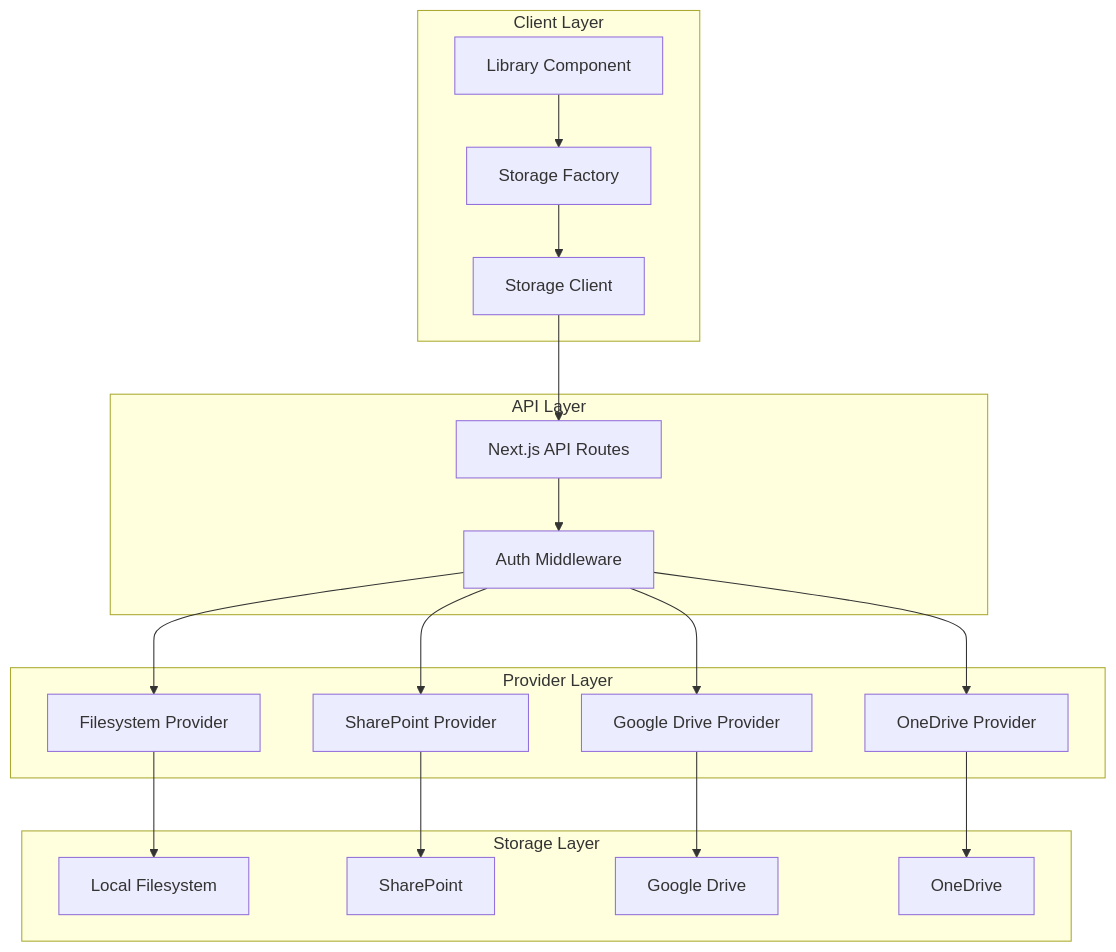
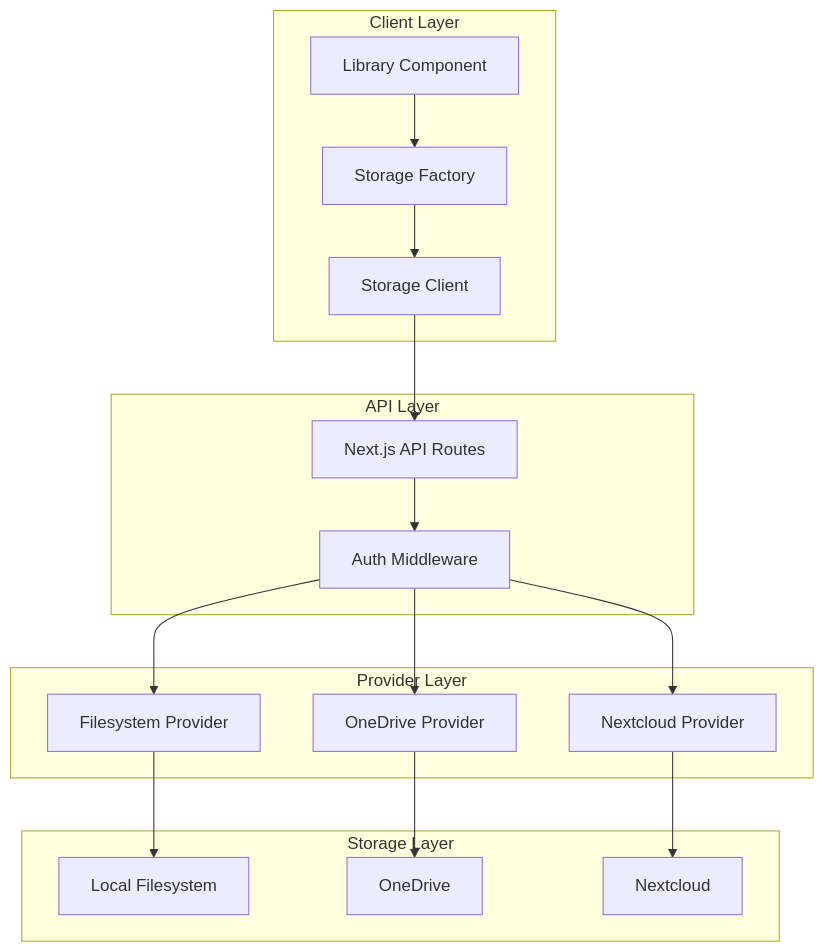
Before and after one commit to bCommonsLAB/CommonKnowledgeScout: the first of 2 diagrams in docs/concepts/storage-provider.md, drawn with Mermaid. The commit also changed other lines of this file and 245 other files, not shown here.

````diff
--- a/docs/concepts/storage-provider.md
+++ b/docs/concepts/storage-provider.md
@@ -18,37 +24,34 @@
 ```mermaid
 graph TB
     subgraph "Client Layer"
         UI[Library Component]
         Factory[Storage Factory]
         Client[Storage Client]
     end
     
     subgraph "API Layer"
         API[Next.js API Routes]
         Auth[Auth Middleware]
     end
     
     subgraph "Provider Layer"
         FSP[Filesystem Provider]
-        SPP[SharePoint Provider]
-        GDP[Google Drive Provider]
         ODP[OneDrive Provider]
+        NCP[Nextcloud Provider]
     end
     
     subgraph "Storage Layer"
         FS[Local Filesystem]
-        SP[SharePoint]
-        GD[Google Drive]
         OD[OneDrive]
+        NC[Nextcloud]
     end
 
     UI --> Factory
     Factory --> Client
     Client --> API
     API --> Auth
-    Auth --> FSP & SPP & GDP & ODP
+    Auth --> FSP & ODP & NCP
     FSP --> FS
-    SPP --> SP
-    GDP --> GD
     ODP --> OD
+    NCP --> NC
 ```
````
